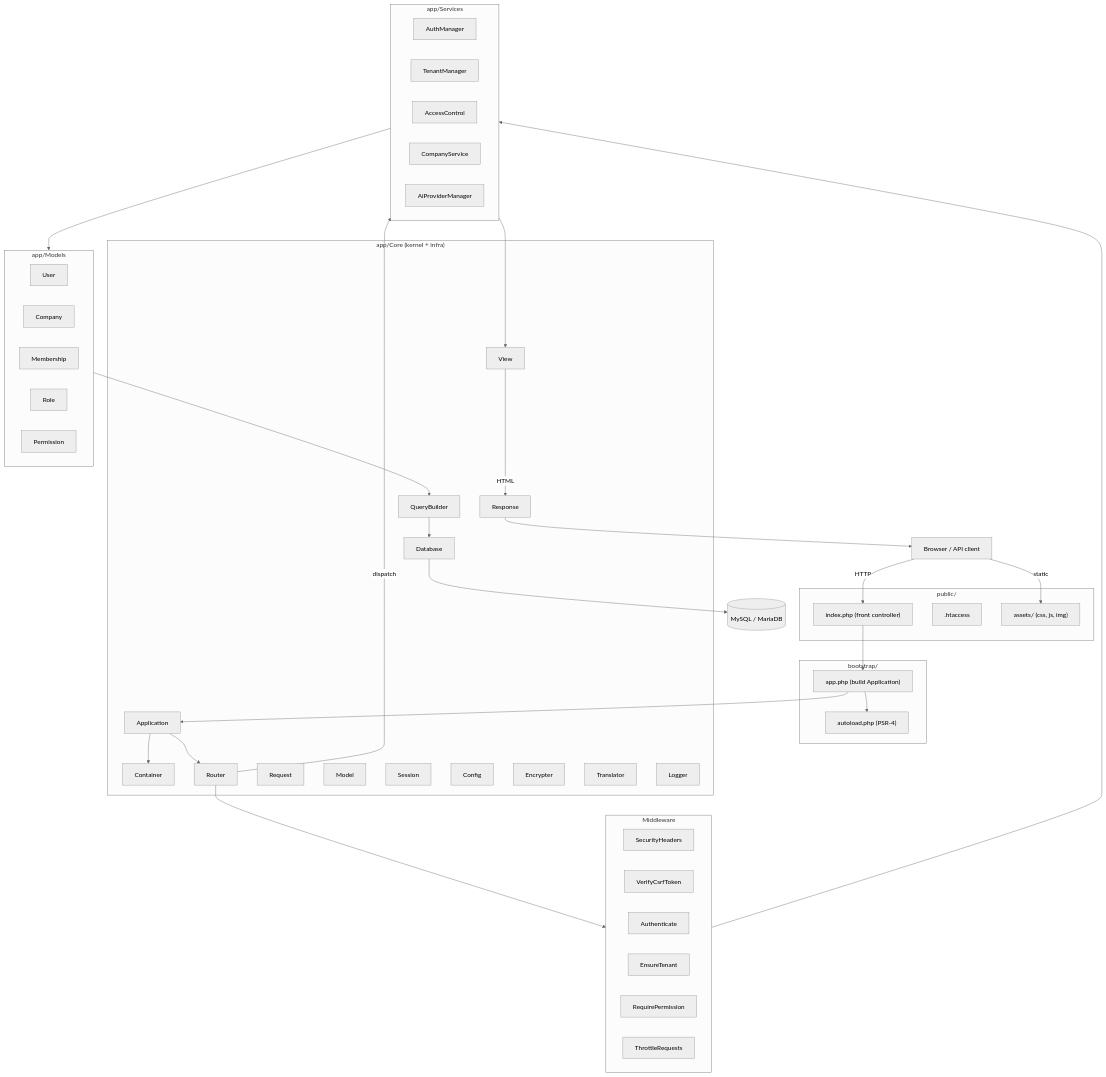
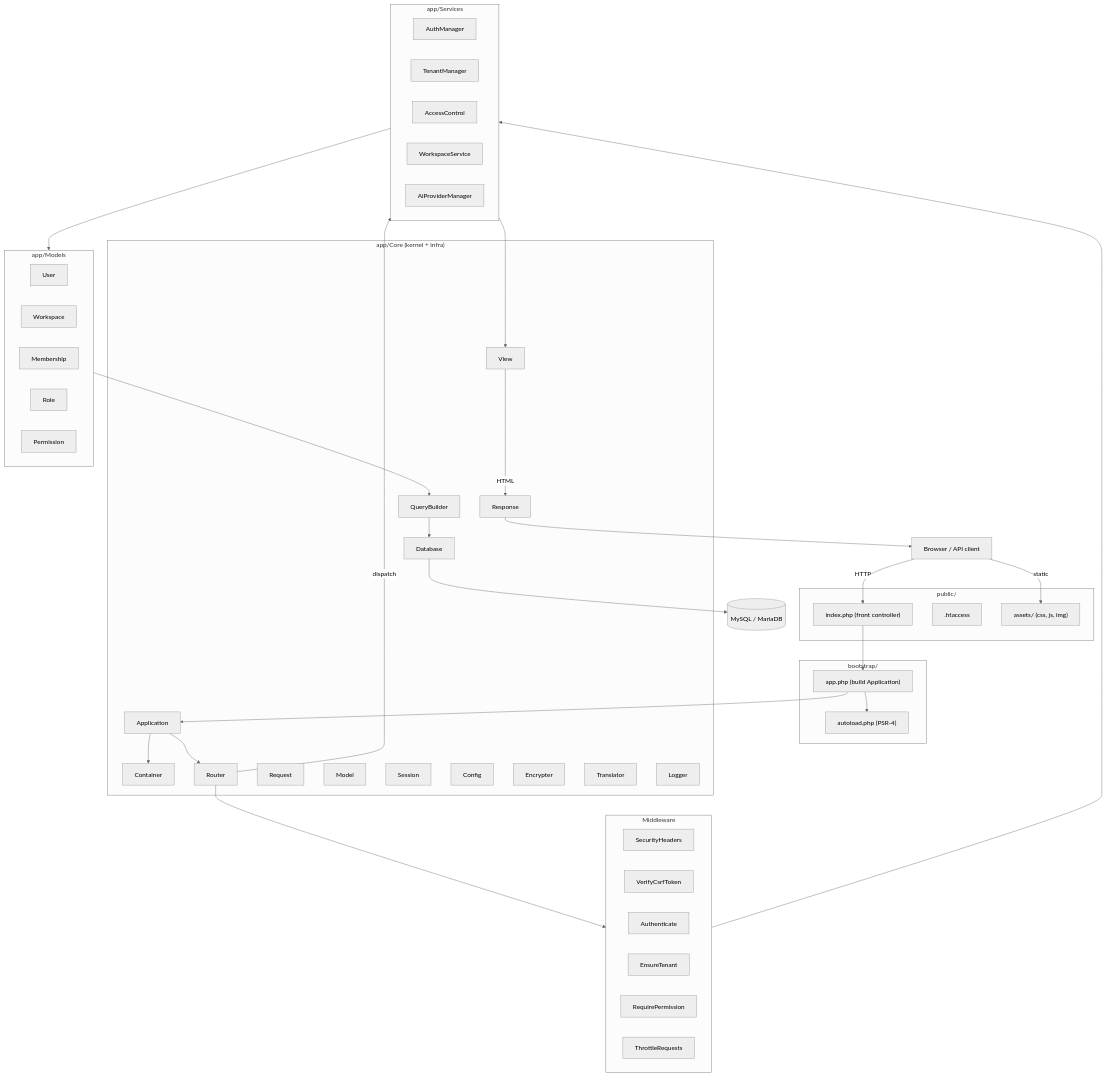
Before and after one commit to ammarnabileg/crm: the first of 2 diagrams in docs/03-System-Architecture.md, drawn with Mermaid (neutral theme). The commit also changed other lines of this file and 47 other files, not shown here.

````diff
--- a/docs/03-System-Architecture.md
+++ b/docs/03-System-Architecture.md
@@ -75,75 +75,75 @@
 ```mermaid
 flowchart TB
     Browser["Browser / API client"]
 
     subgraph Public["public/"]
         FC["index.php (front controller)"]
         HT[".htaccess"]
         Assets["assets/ (css, js, img)"]
     end
 
     subgraph Bootstrap["bootstrap/"]
         AL["autoload.php (PSR-4)"]
         APP["app.php (build Application)"]
     end
 
     subgraph Core["app/Core (kernel + infra)"]
         Application
         Container
         Router
         Request
         Response
         Database
         QueryBuilder
         Model
         View
         Session
         Config
         Encrypter
         Translator
         Logger
     end
 
     subgraph MW["Middleware"]
         SecurityHeaders
         VerifyCsrfToken
         Authenticate
         EnsureTenant
         RequirePermission
         ThrottleRequests
     end
 
     subgraph Services["app/Services"]
         AuthManager
         TenantManager
         AccessControl
-        CompanyService
+        WorkspaceService
         AiProviderManager
     end
 
     subgraph Models["app/Models"]
         User
-        Company
+        Workspace
         Membership
         Role
         Permission
     end
 
     DB[("MySQL / MariaDB")]
 
     Browser -->|HTTP| FC
     Browser -->|static| Assets
     FC --> APP
     APP --> AL
     APP --> Application
     Application --> Container
     Application --> Router
     Router --> MW
     MW --> Services
     Router --> |dispatch| Services
     Services --> Models
     Models --> QueryBuilder --> Database --> DB
     Services --> View
     View -->|HTML| Response
     Response --> Browser
 ```
````
